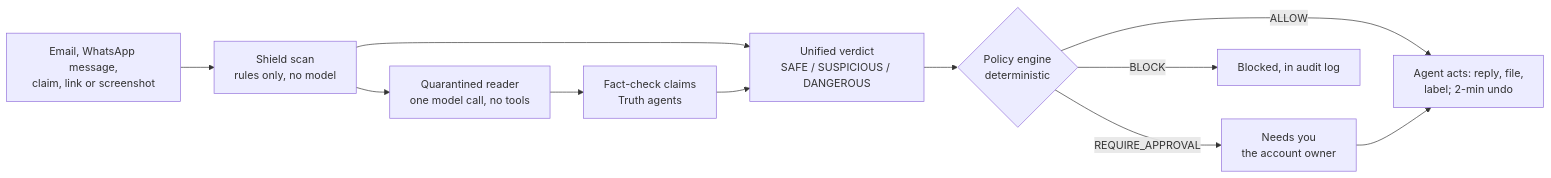
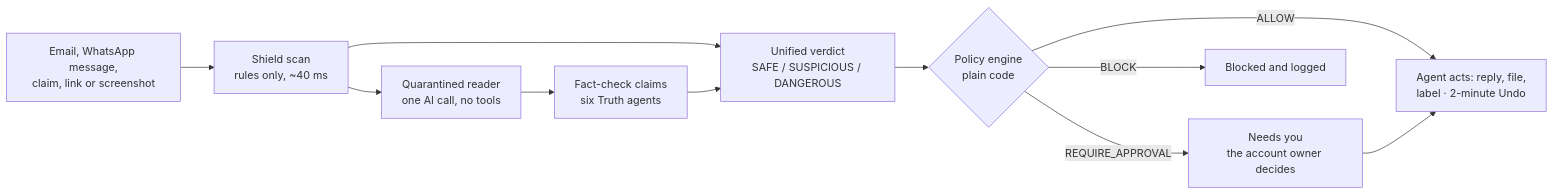
The diagram in README.md (bbsarada07/FactFlow), drawn with Mermaid before and after one commit. The commit also changed other lines of this file and 7 other files, not shown here.

````diff
--- a/README.md
+++ b/README.md
@@ -100,13 +94,13 @@
 ```mermaid
 flowchart LR
-    A[Email, WhatsApp message,<br/>claim, link or screenshot] --> B[Shield scan<br/>rules only, no model]
-    B --> C[Quarantined reader<br/>one model call, no tools]
-    C --> D[Fact-check claims<br/>Truth agents]
+    A[Email, WhatsApp message,<br/>claim, link or screenshot] --> B[Shield scan<br/>rules only, ~40 ms]
+    B --> C[Quarantined reader<br/>one AI call, no tools]
+    C --> D[Fact-check claims<br/>six Truth agents]
     B --> E[Unified verdict<br/>SAFE / SUSPICIOUS / DANGEROUS]
     D --> E
-    E --> F{Policy engine<br/>deterministic}
-    F -->|ALLOW| G[Agent acts: reply, file,<br/>label; 2-min undo]
-    F -->|REQUIRE_APPROVAL| H[Needs you<br/>the account owner]
-    F -->|BLOCK| I[Blocked, in audit log]
+    E --> F{Policy engine<br/>plain code}
+    F -->|ALLOW| G[Agent acts: reply, file,<br/>label · 2-minute Undo]
+    F -->|REQUIRE_APPROVAL| H[Needs you<br/>the account owner decides]
+    F -->|BLOCK| I[Blocked and logged]
     H --> G
 ```
````
